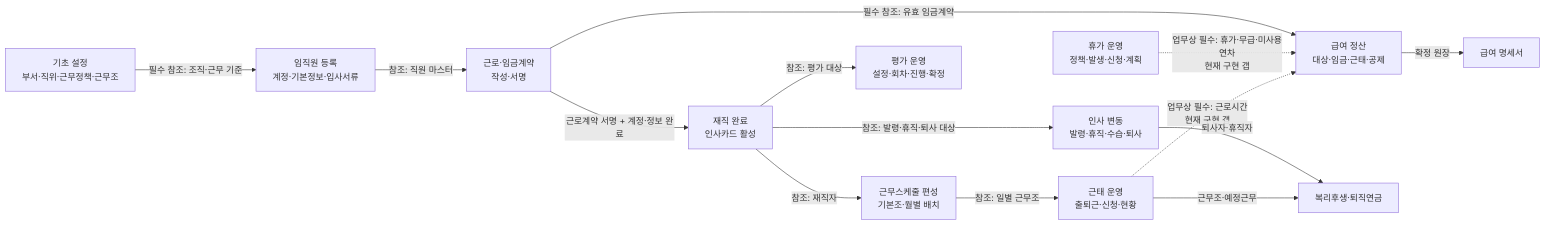
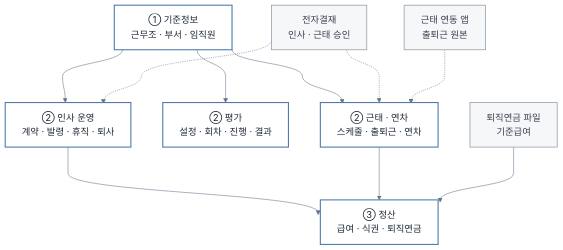
The first of 8 diagrams in docs/hr-attendance/01_PROCESS_MAP.md (jeonghyegene/sw-erp), drawn with Mermaid before and after one commit. The commit also changed other lines of this file and 18 other files, not shown here.

Commit message:
임직원 데이터 통합 및 근무스케줄 편성 수정

````diff
--- a/docs/hr-attendance/01_PROCESS_MAP.md
+++ b/docs/hr-attendance/01_PROCESS_MAP.md
@@ -16,29 +50,31 @@
 ```mermaid
-flowchart LR
-    BASE["기초 설정<br/>부서·직위·근무정책·근무조"]
-    EMP["임직원 등록<br/>계정·기본정보·입사서류"]
-    CTR["근로·임금계약<br/>작성·서명"]
-    ACTIVE["재직 완료<br/>인사카드 활성"]
-    SCH["근무스케줄 편성<br/>기본조·월별 배치"]
-    ATT["근태 운영<br/>출퇴근·신청·현황"]
-    LEAVE["휴가 운영<br/>정책·발생·신청·계획"]
-    PAY["급여 정산<br/>대상·임금·근태·공제"]
-    PSL["급여 명세서"]
-    CHANGE["인사 변동<br/>발령·휴직·수습·퇴사"]
-    EVAL["평가 운영<br/>설정·회차·진행·확정"]
-    BENEFIT["복리후생·퇴직연금"]
+%%{init: {"flowchart": {"htmlLabels": false, "useMaxWidth": true, "curve": "bumpY", "nodeSpacing": 58, "rankSpacing": 96, "diagramPadding": 24}, "themeVariables": {"fontSize": "17px", "lineColor": "#64748b", "edgeLabelBackground": "#ffffff"}}}%%
+flowchart TB
+  BASE["① 기준정보<br/>근무조 · 부서 · 임직원"]
 
-    BASE -->|"필수 참조: 조직·근무 기준"| EMP
-    EMP -->|"참조: 직원 마스터"| CTR
-    CTR -->|"근로계약 서명 + 계정·정보 완료"| ACTIVE
-    ACTIVE -->|"참조: 재직자"| SCH
-    SCH -->|"참조: 일별 근무조"| ATT
-    ACTIVE -->|"참조: 평가 대상"| EVAL
-    ACTIVE -->|"참조: 발령·휴직·퇴사 대상"| CHANGE
-    ATT -.->|"업무상 필수: 근로시간<br/>현재 구현 갭"| PAY
-    LEAVE -.->|"업무상 필수: 휴가·무급·미사용연차<br/>현재 구현 갭"| PAY
-    CTR -->|"필수 참조: 유효 임금계약"| PAY
-    PAY -->|"확정 원장"| PSL
-    ATT -->|"근무조·예정근무"| BENEFIT
-    CHANGE -->|"퇴사자·휴직자"| BENEFIT
+  HR["② 인사 운영<br/>계약 · 발령 · 휴직 · 퇴사"]
+  EVAL["② 평가<br/>설정 · 회차 · 진행 · 결과"]
+  ATT["② 근태 · 연차<br/>스케줄 · 출퇴근 · 연차"]
+
+  PAY["③ 정산<br/>급여 · 식권 · 퇴직연금"]
+
+  APR["전자결재<br/>인사 · 근태 승인"]
+  APP["근태 연동 앱<br/>출퇴근 원본"]
+  FILE["퇴직연금 파일<br/>기준급여"]
+
+  BASE --> HR
+  BASE --> EVAL
+  BASE --> ATT
+  HR --> PAY
+  ATT --> PAY
+
+  APR -.-> HR
+  APR -.-> ATT
+  APP -.-> ATT
+  FILE --> PAY
+
+  classDef stage fill:#ffffff,stroke:#4f7cac,stroke-width:2px,color:#1f2937;
+  classDef external fill:#f6f7f9,stroke:#9aa3ad,stroke-width:1.5px,color:#374151;
+  class BASE,HR,EVAL,ATT,PAY stage;
+  class APR,APP,FILE external;
 ```
````
